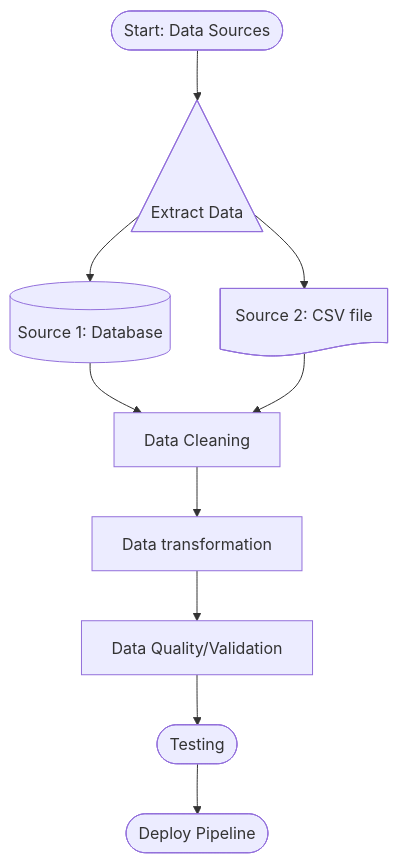
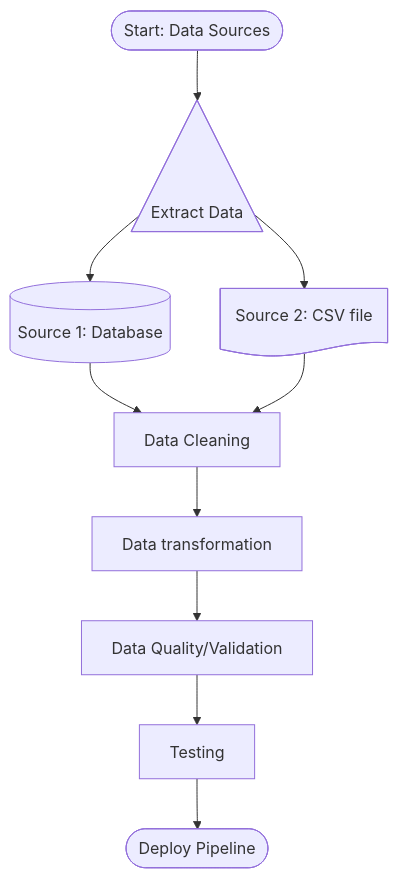
One commit to tungstennn/etl-example changed the first of 4 diagrams in walkthough-activities/activity-2.md. Above: the diagram before and after it, drawn with Mermaid.

````diff
--- a/walkthough-activities/activity-2.md
+++ b/walkthough-activities/activity-2.md
@@ -11,14 +11,14 @@
 ```mermaid
 flowchart TD
     A@{ shape: stadium, label: "Start: Data Sources"} --> B@{ shape: tri, label: "Extract Data"}
     B --> C1@{ shape: cyl, label: "Source 1: Database"}
     B --> C2@{shape: doc, label: "Source 2: CSV file"}
     C1 --> D[Data Cleaning]
     C2 --> D[Data Cleaning]
     D --> E[Data transformation]
     E --> F[Data Quality/Validation]
-    F --> G([Testing])
+    F --> G[Testing]
     G --> H([Deploy Pipeline])
     
 
 ```
````
